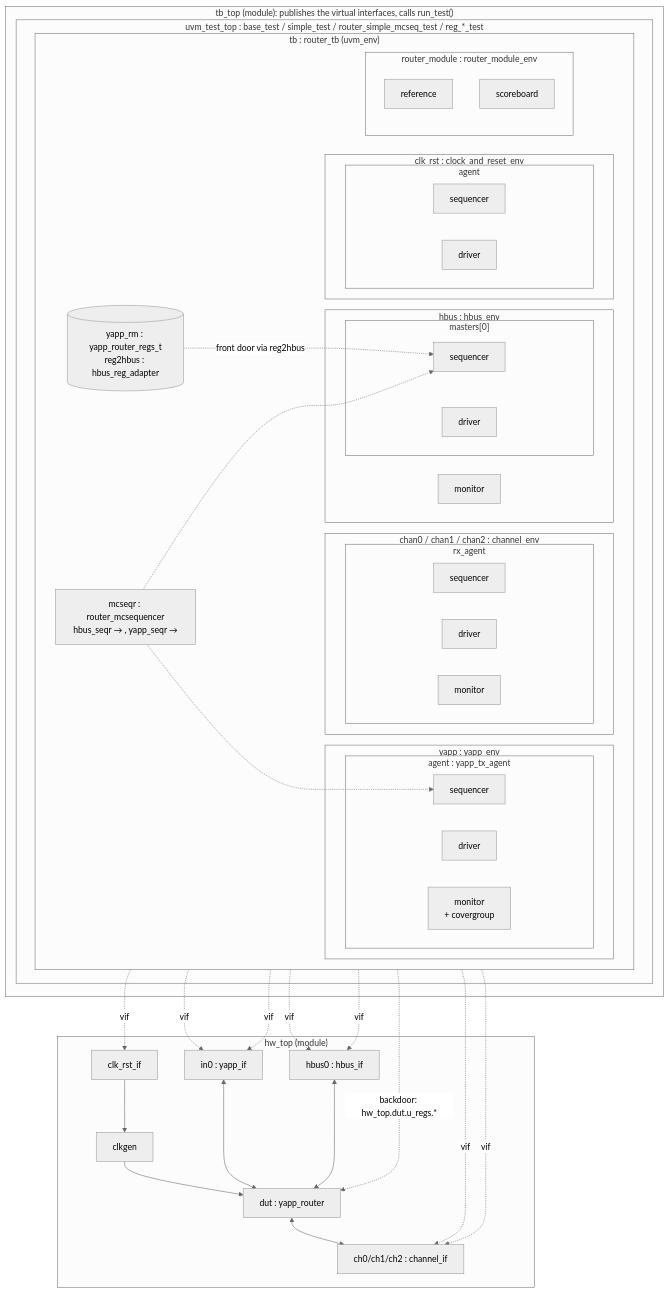
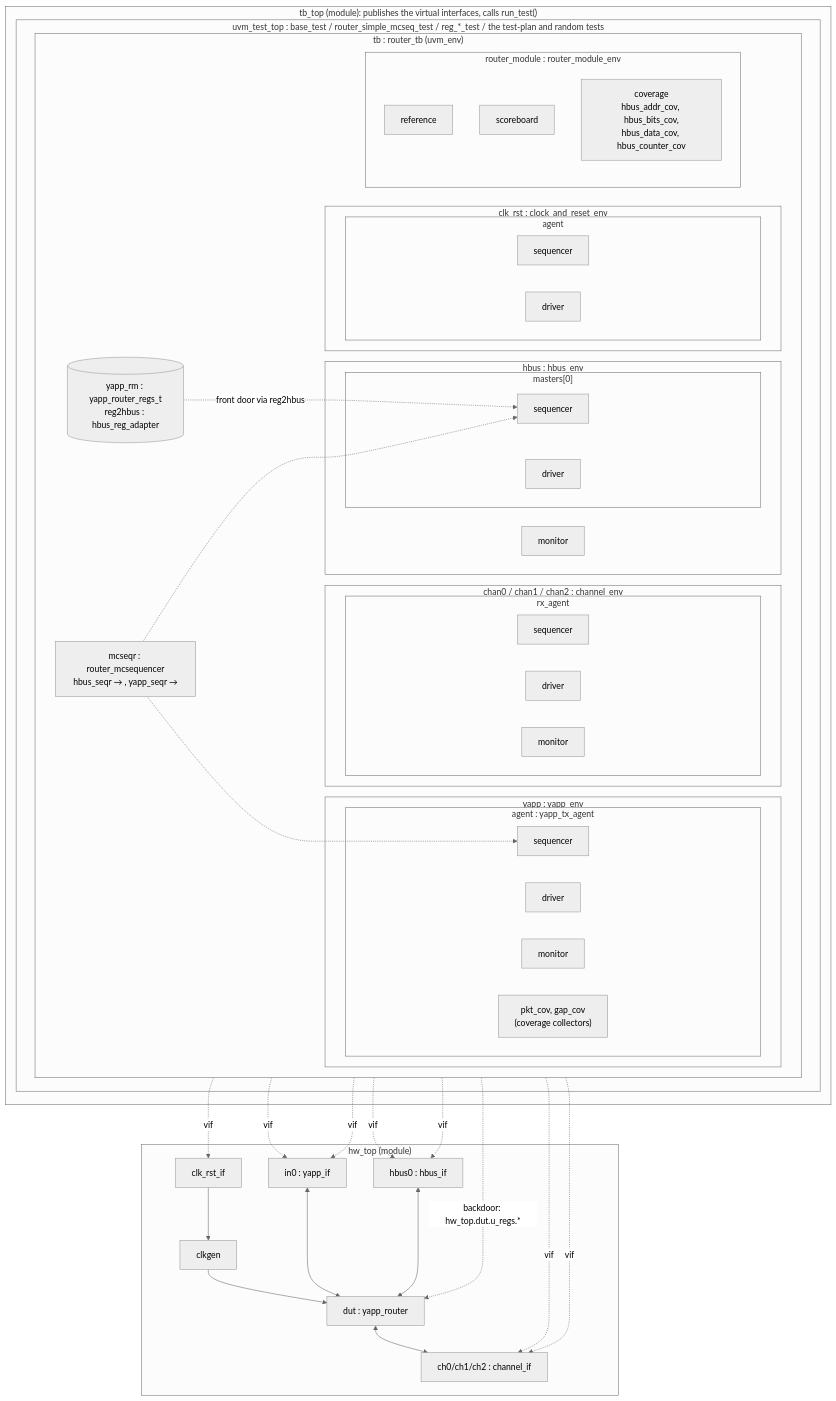
The first of 3 diagrams in docs/uvm/architecture.md (tamirgabgab/Qcom-Mentoring), drawn with Mermaid (neutral theme) before and after one commit. The commit also changed other lines of this file and 21 other files, not shown here.

First line of the commit message:
Docs cleanup: counts, coverage collectors, reference model, labs, HANDOFF

````diff
--- a/docs/uvm/architecture.md
+++ b/docs/uvm/architecture.md
@@ -11,66 +12,68 @@
 ```mermaid
 flowchart TB
     subgraph tb_top["tb_top (module): publishes the virtual interfaces, calls run_test()"]
-        subgraph test["uvm_test_top : base_test / simple_test / router_simple_mcseq_test / reg_*_test"]
+        subgraph test["uvm_test_top : base_test / router_simple_mcseq_test / reg_*_test / the test-plan and random tests"]
             subgraph tb["tb : router_tb (uvm_env)"]
                 direction LR
                 subgraph yapp["yapp : yapp_env"]
                     subgraph yagent["agent : yapp_tx_agent"]
                         yseqr["sequencer"]
                         ydrv["driver"]
-                        ymon["monitor<br/>+ covergroup"]
+                        ymon["monitor"]
+                        ycov["pkt_cov, gap_cov<br/>(coverage collectors)"]
                     end
                 end
                 subgraph chan["chan0 / chan1 / chan2 : channel_env"]
                     subgraph cagent["rx_agent"]
                         cseqr["sequencer"]
                         cdrv["driver"]
                         cmon["monitor"]
                     end
                 end
                 subgraph hbus["hbus : hbus_env"]
                     subgraph hagent["masters[0]"]
                         hseqr["sequencer"]
                         hdrv["driver"]
                     end
                     hmon["monitor"]
                 end
                 subgraph clk["clk_rst : clock_and_reset_env"]
                     subgraph kagent["agent"]
                         kseqr["sequencer"]
                         kdrv["driver"]
                     end
                 end
                 mcseqr["mcseqr : router_mcsequencer<br/>hbus_seqr → , yapp_seqr →"]
                 subgraph rm["router_module : router_module_env"]
                     ref["reference"]
                     sb["scoreboard"]
+                    rcov["coverage<br/>hbus_addr_cov, hbus_bits_cov,<br/>hbus_data_cov, hbus_counter_cov"]
                 end
                 yrm[("yapp_rm : yapp_router_regs_t<br/>reg2hbus : hbus_reg_adapter")]
             end
         end
     end
     subgraph hw_top["hw_top (module)"]
         clkif["clk_rst_if"]
         clkgen["clkgen"]
         in0["in0 : yapp_if"]
         hb0["hbus0 : hbus_if"]
         ch0["ch0/ch1/ch2 : channel_if"]
         dut["dut : yapp_router"]
         clkif --> clkgen --> dut
         in0 <--> dut
         hb0 <--> dut
         dut <--> ch0
     end
     ydrv -. vif .-> in0
     ymon -. vif .-> in0
     cdrv -. vif .-> ch0
     cmon -. vif .-> ch0
     hdrv -. vif .-> hb0
     hmon -. vif .-> hb0
     kdrv -. vif .-> clkif
     mcseqr -.-> hseqr
     mcseqr -.-> yseqr
     yrm -. "front door via reg2hbus" .-> hseqr
     yrm -. "backdoor: hw_top.dut.u_regs.*" .-> dut
 ```
````
